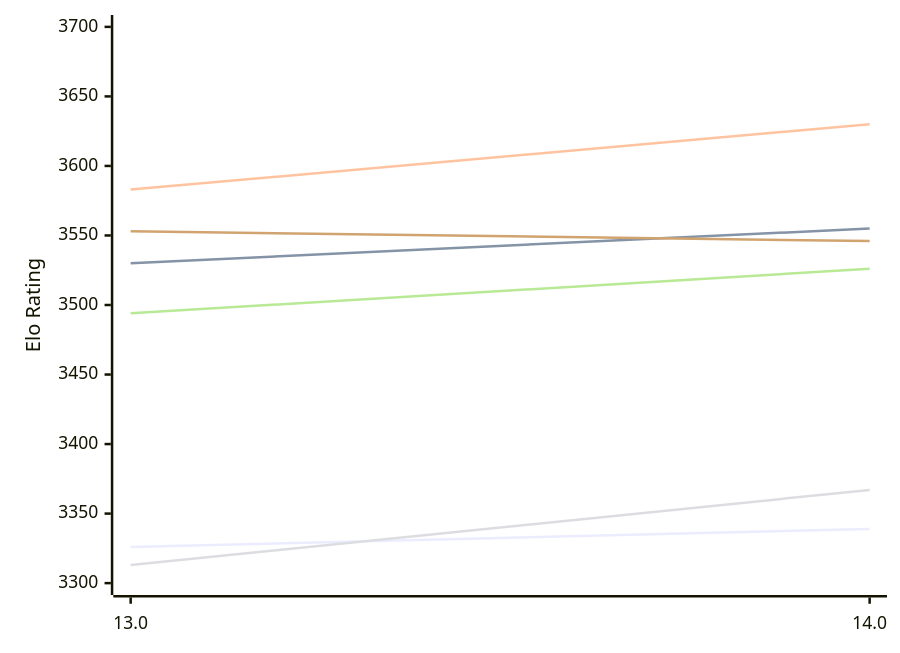
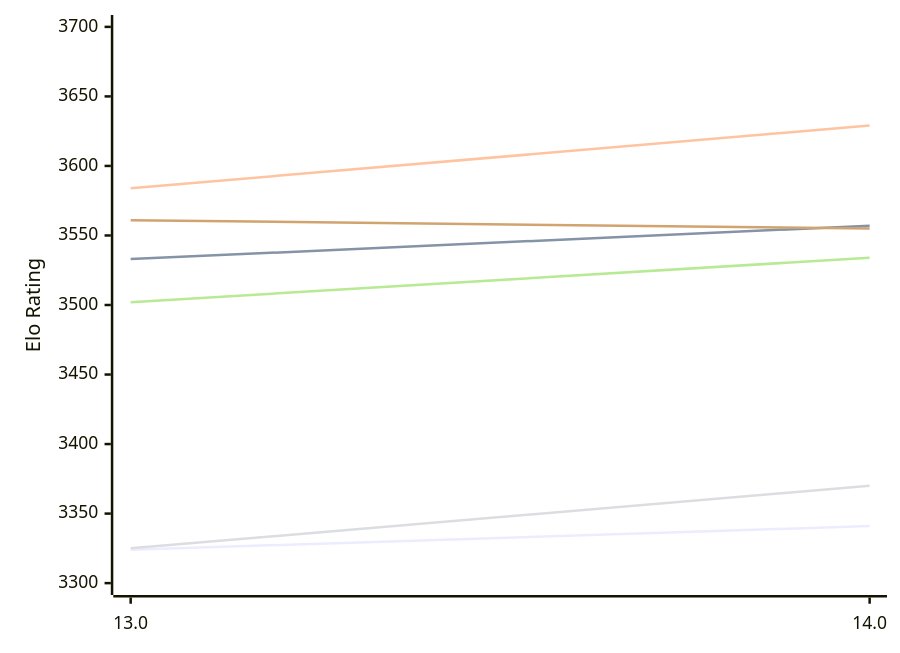
The first of 2 diagrams in engines/Tcheran.md (computer-chess-index/cci), drawn with Mermaid before and after one commit. The commit also changed other lines of this file, not shown here.

Commit message:
Update CCI Ratings (ELO VLTC) - 2026-11-25

````diff
--- a/engines/Tcheran.md
+++ b/engines/Tcheran.md
@@ -55,12 +55,12 @@
 ```mermaid
 %%{init: {"theme":"base","themeVariables":{"seriesColors:['#a3a3a3','#222221','#faa371']}}}%%
 xychart-beta
   x-axis ["13.0", "14.0"]
   y-axis "Elo Rating" 3300 --> 3700
-  line "E1: STC (8.0+0.08s)" [3326, 3339]
-  line "E1: LTC (60.0+0.60s)" [3530, 3555]
-  line "E1: VLTC (2m24s+1.12s)" [3583, 3630]
-  line "P1: STC (8.0+0.08s)" [3313, 3367]
-  line "P1: LTC (60.0+0.60s)" [3494, 3526]
-  line "P1: VLTC (2m24s+1.12s)" [3553, 3546]
+  line "E1: STC (8.0+0.08s)" [3324, 3341]
+  line "E1: LTC (60.0+0.60s)" [3533, 3557]
+  line "E1: VLTC (2m24s+1.12s)" [3584, 3629]
+  line "P1: STC (8.0+0.08s)" [3325, 3370]
+  line "P1: LTC (60.0+0.60s)" [3502, 3534]
+  line "P1: VLTC (2m24s+1.12s)" [3561, 3555]
 ```
````
